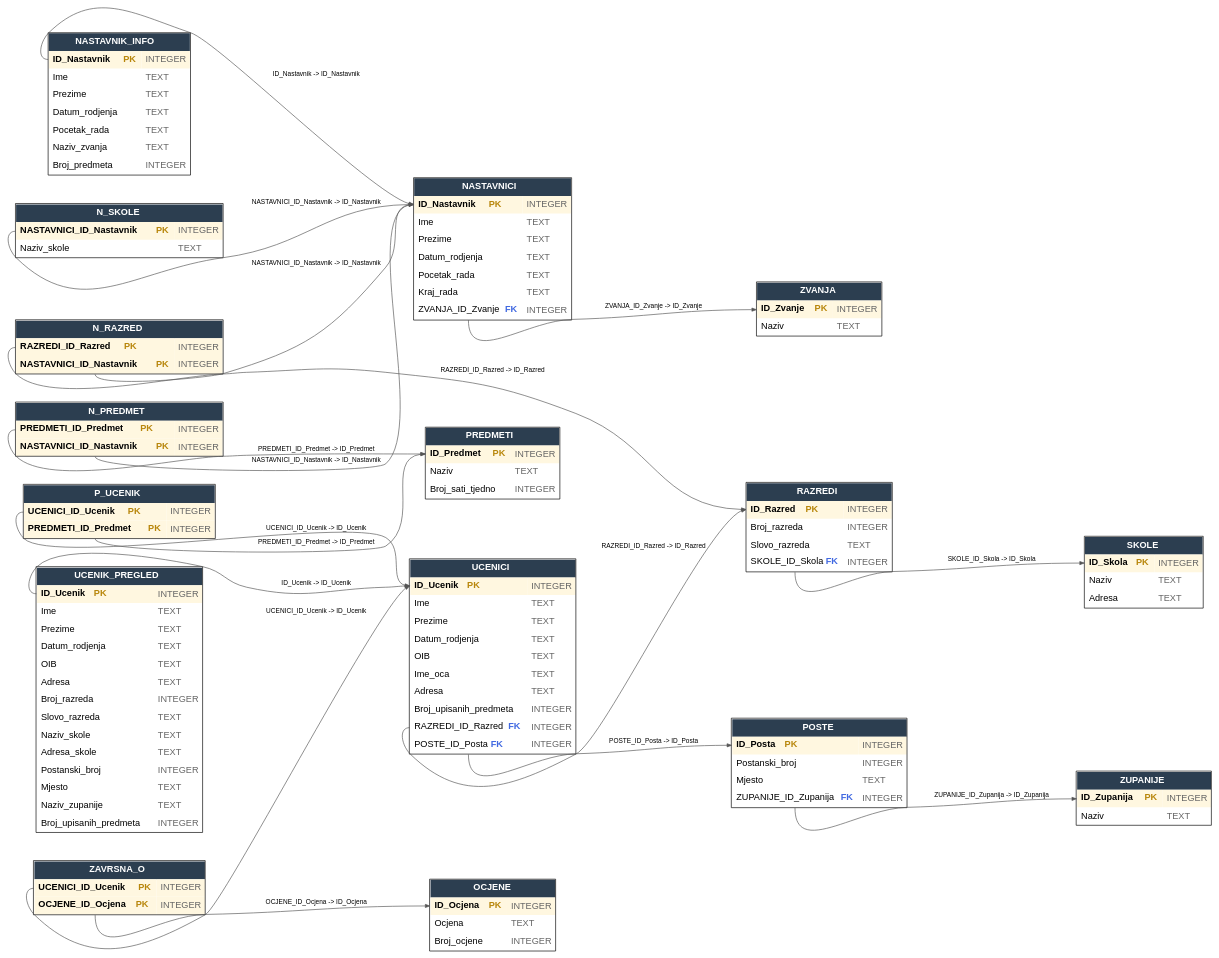
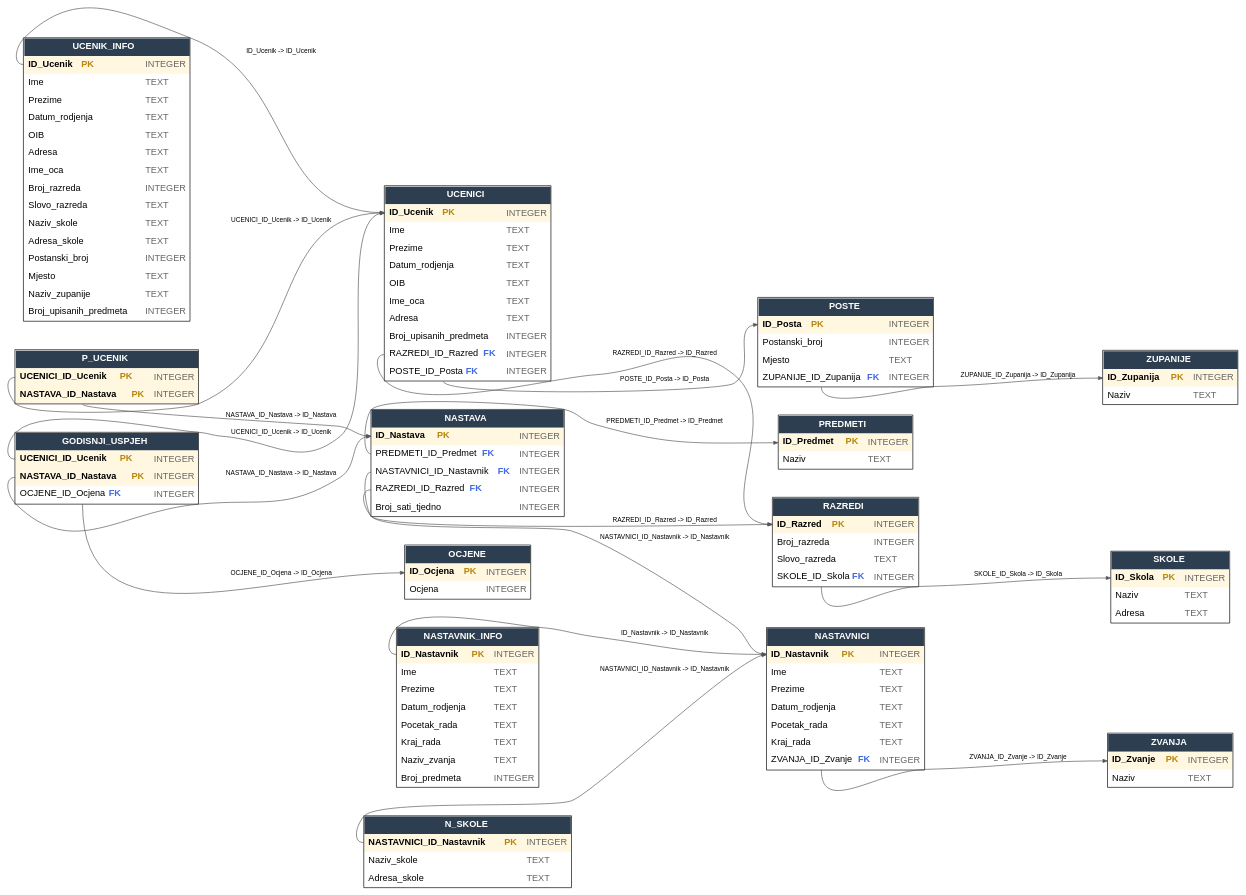
The diagram in databases/shema_visualisation/03_schema_denormalized_shema.dot (elakevic88/zavrsni-baza-skola), drawn with Graphviz before and after one commit. The commit also changed 82 other files, not shown here.

```diff
--- a/databases/shema_visualisation/03_schema_denormalized_shema.dot
+++ b/databases/shema_visualisation/03_schema_denormalized_shema.dot
@@ -3,6 +3,22 @@
 graph [fontname="Helvetica", bgcolor="white", nodesep=0.6, ranksep=1.0];
 node [shape=plain, fontname="Helvetica"];
 edge [fontname="Helvetica", fontsize=10, color="#555555", arrowsize=0.7];
+
+"GODISNJI_USPJEH" [label=<
+        <table border="1" cellborder="0" cellspacing="0" cellpadding="6" bgcolor="white">
+        <tr><td colspan="2" bgcolor="#2c3e50"><font color="white"><b>GODISNJI_USPJEH</b></font></td></tr>
+        <tr><td align="left" port="UCENICI_ID_Ucenik" bgcolor="#fff7e0"><b>UCENICI_ID_Ucenik</b> <font color="#b8860b"><b>PK</b></font></td><td align="left" bgcolor="#fff7e0"><font color="#666666">INTEGER</font></td></tr>
+<tr><td align="left" port="NASTAVA_ID_Nastava" bgcolor="#fff7e0"><b>NASTAVA_ID_Nastava</b> <font color="#b8860b"><b>PK</b></font></td><td align="left" bgcolor="#fff7e0"><font color="#666666">INTEGER</font></td></tr>
+<tr><td align="left" port="OCJENE_ID_Ocjena">OCJENE_ID_Ocjena <font color="#4169e1"><b>FK</b></font></td><td align="left"><font color="#666666">INTEGER</font></td></tr></table>>];
+
+"NASTAVA" [label=<
+        <table border="1" cellborder="0" cellspacing="0" cellpadding="6" bgcolor="white">
+        <tr><td colspan="2" bgcolor="#2c3e50"><font color="white"><b>NASTAVA</b></font></td></tr>
+        <tr><td align="left" port="ID_Nastava" bgcolor="#fff7e0"><b>ID_Nastava</b> <font color="#b8860b"><b>PK</b></font></td><td align="left" bgcolor="#fff7e0"><font color="#666666">INTEGER</font></td></tr>
+<tr><td align="left" port="PREDMETI_ID_Predmet">PREDMETI_ID_Predmet <font color="#4169e1"><b>FK</b></font></td><td align="left"><font color="#666666">INTEGER</font></td></tr>
+<tr><td align="left" port="NASTAVNICI_ID_Nastavnik">NASTAVNICI_ID_Nastavnik <font color="#4169e1"><b>FK</b></font></td><td align="left"><font color="#666666">INTEGER</font></td></tr>
+<tr><td align="left" port="RAZREDI_ID_Razred">RAZREDI_ID_Razred <font color="#4169e1"><b>FK</b></font></td><td align="left"><font color="#666666">INTEGER</font></td></tr>
+<tr><td align="left" port="Broj_sati_tjedno">Broj_sati_tjedno</td><td align="left"><font color="#666666">INTEGER</font></td></tr></table>>];
 
 "NASTAVNICI" [label=<
         <table border="1" cellborder="0" cellspacing="0" cellpadding="6" bgcolor="white">
@@ -23,33 +39,22 @@
 <tr><td align="left" port="Prezime">Prezime</td><td align="left"><font color="#666666">TEXT</font></td></tr>
 <tr><td align="left" port="Datum_rodjenja">Datum_rodjenja</td><td align="left"><font color="#666666">TEXT</font></td></tr>
 <tr><td align="left" port="Pocetak_rada">Pocetak_rada</td><td align="left"><font color="#666666">TEXT</font></td></tr>
+<tr><td align="left" port="Kraj_rada">Kraj_rada</td><td align="left"><font color="#666666">TEXT</font></td></tr>
 <tr><td align="left" port="Naziv_zvanja">Naziv_zvanja</td><td align="left"><font color="#666666">TEXT</font></td></tr>
 <tr><td align="left" port="Broj_predmeta">Broj_predmeta</td><td align="left"><font color="#666666">INTEGER</font></td></tr></table>>];
-
-"N_PREDMET" [label=<
-        <table border="1" cellborder="0" cellspacing="0" cellpadding="6" bgcolor="white">
-        <tr><td colspan="2" bgcolor="#2c3e50"><font color="white"><b>N_PREDMET</b></font></td></tr>
-        <tr><td align="left" port="PREDMETI_ID_Predmet" bgcolor="#fff7e0"><b>PREDMETI_ID_Predmet</b> <font color="#b8860b"><b>PK</b></font></td><td align="left" bgcolor="#fff7e0"><font color="#666666">INTEGER</font></td></tr>
-<tr><td align="left" port="NASTAVNICI_ID_Nastavnik" bgcolor="#fff7e0"><b>NASTAVNICI_ID_Nastavnik</b> <font color="#b8860b"><b>PK</b></font></td><td align="left" bgcolor="#fff7e0"><font color="#666666">INTEGER</font></td></tr></table>>];
-
-"N_RAZRED" [label=<
-        <table border="1" cellborder="0" cellspacing="0" cellpadding="6" bgcolor="white">
-        <tr><td colspan="2" bgcolor="#2c3e50"><font color="white"><b>N_RAZRED</b></font></td></tr>
-        <tr><td align="left" port="RAZREDI_ID_Razred" bgcolor="#fff7e0"><b>RAZREDI_ID_Razred</b> <font color="#b8860b"><b>PK</b></font></td><td align="left" bgcolor="#fff7e0"><font color="#666666">INTEGER</font></td></tr>
-<tr><td align="left" port="NASTAVNICI_ID_Nastavnik" bgcolor="#fff7e0"><b>NASTAVNICI_ID_Nastavnik</b> <font color="#b8860b"><b>PK</b></font></td><td align="left" bgcolor="#fff7e0"><font color="#666666">INTEGER</font></td></tr></table>>];
 
 "N_SKOLE" [label=<
         <table border="1" cellborder="0" cellspacing="0" cellpadding="6" bgcolor="white">
         <tr><td colspan="2" bgcolor="#2c3e50"><font color="white"><b>N_SKOLE</b></font></td></tr>
         <tr><td align="left" port="NASTAVNICI_ID_Nastavnik" bgcolor="#fff7e0"><b>NASTAVNICI_ID_Nastavnik</b> <font color="#b8860b"><b>PK</b></font></td><td align="left" bgcolor="#fff7e0"><font color="#666666">INTEGER</font></td></tr>
-<tr><td align="left" port="Naziv_skole">Naziv_skole</td><td align="left"><font color="#666666">TEXT</font></td></tr></table>>];
+<tr><td align="left" port="Naziv_skole">Naziv_skole</td><td align="left"><font color="#666666">TEXT</font></td></tr>
+<tr><td align="left" port="Adresa_skole">Adresa_skole</td><td align="left"><font color="#666666">TEXT</font></td></tr></table>>];
 
 "OCJENE" [label=<
         <table border="1" cellborder="0" cellspacing="0" cellpadding="6" bgcolor="white">
         <tr><td colspan="2" bgcolor="#2c3e50"><font color="white"><b>OCJENE</b></font></td></tr>
         <tr><td align="left" port="ID_Ocjena" bgcolor="#fff7e0"><b>ID_Ocjena</b> <font color="#b8860b"><b>PK</b></font></td><td align="left" bgcolor="#fff7e0"><font color="#666666">INTEGER</font></td></tr>
-<tr><td align="left" port="Ocjena">Ocjena</td><td align="left"><font color="#666666">TEXT</font></td></tr>
-<tr><td align="left" port="Broj_ocjene">Broj_ocjene</td><td align="left"><font color="#666666">INTEGER</font></td></tr></table>>];
+<tr><td align="left" port="Ocjena">Ocjena</td><td align="left"><font color="#666666">INTEGER</font></td></tr></table>>];
 
 "POSTE" [label=<
         <table border="1" cellborder="0" cellspacing="0" cellpadding="6" bgcolor="white">
@@ -63,14 +68,13 @@
         <table border="1" cellborder="0" cellspacing="0" cellpadding="6" bgcolor="white">
         <tr><td colspan="2" bgcolor="#2c3e50"><font color="white"><b>PREDMETI</b></font></td></tr>
         <tr><td align="left" port="ID_Predmet" bgcolor="#fff7e0"><b>ID_Predmet</b> <font color="#b8860b"><b>PK</b></font></td><td align="left" bgcolor="#fff7e0"><font color="#666666">INTEGER</font></td></tr>
-<tr><td align="left" port="Naziv">Naziv</td><td align="left"><font color="#666666">TEXT</font></td></tr>
-<tr><td align="left" port="Broj_sati_tjedno">Broj_sati_tjedno</td><td align="left"><font color="#666666">INTEGER</font></td></tr></table>>];
+<tr><td align="left" port="Naziv">Naziv</td><td align="left"><font color="#666666">TEXT</font></td></tr></table>>];
 
 "P_UCENIK" [label=<
         <table border="1" cellborder="0" cellspacing="0" cellpadding="6" bgcolor="white">
         <tr><td colspan="2" bgcolor="#2c3e50"><font color="white"><b>P_UCENIK</b></font></td></tr>
         <tr><td align="left" port="UCENICI_ID_Ucenik" bgcolor="#fff7e0"><b>UCENICI_ID_Ucenik</b> <font color="#b8860b"><b>PK</b></font></td><td align="left" bgcolor="#fff7e0"><font color="#666666">INTEGER</font></td></tr>
-<tr><td align="left" port="PREDMETI_ID_Predmet" bgcolor="#fff7e0"><b>PREDMETI_ID_Predmet</b> <font color="#b8860b"><b>PK</b></font></td><td align="left" bgcolor="#fff7e0"><font color="#666666">INTEGER</font></td></tr></table>>];
+<tr><td align="left" port="NASTAVA_ID_Nastava" bgcolor="#fff7e0"><b>NASTAVA_ID_Nastava</b> <font color="#b8860b"><b>PK</b></font></td><td align="left" bgcolor="#fff7e0"><font color="#666666">INTEGER</font></td></tr></table>>];
 
 "RAZREDI" [label=<
         <table border="1" cellborder="0" cellspacing="0" cellpadding="6" bgcolor="white">
@@ -101,15 +105,16 @@
 <tr><td align="left" port="RAZREDI_ID_Razred">RAZREDI_ID_Razred <font color="#4169e1"><b>FK</b></font></td><td align="left"><font color="#666666">INTEGER</font></td></tr>
 <tr><td align="left" port="POSTE_ID_Posta">POSTE_ID_Posta <font color="#4169e1"><b>FK</b></font></td><td align="left"><font color="#666666">INTEGER</font></td></tr></table>>];
 
-"UCENIK_PREGLED" [label=<
+"UCENIK_INFO" [label=<
         <table border="1" cellborder="0" cellspacing="0" cellpadding="6" bgcolor="white">
-        <tr><td colspan="2" bgcolor="#2c3e50"><font color="white"><b>UCENIK_PREGLED</b></font></td></tr>
+        <tr><td colspan="2" bgcolor="#2c3e50"><font color="white"><b>UCENIK_INFO</b></font></td></tr>
         <tr><td align="left" port="ID_Ucenik" bgcolor="#fff7e0"><b>ID_Ucenik</b> <font color="#b8860b"><b>PK</b></font></td><td align="left" bgcolor="#fff7e0"><font color="#666666">INTEGER</font></td></tr>
 <tr><td align="left" port="Ime">Ime</td><td align="left"><font color="#666666">TEXT</font></td></tr>
 <tr><td align="left" port="Prezime">Prezime</td><td align="left"><font color="#666666">TEXT</font></td></tr>
 <tr><td align="left" port="Datum_rodjenja">Datum_rodjenja</td><td align="left"><font color="#666666">TEXT</font></td></tr>
 <tr><td align="left" port="OIB">OIB</td><td align="left"><font color="#666666">TEXT</font></td></tr>
 <tr><td align="left" port="Adresa">Adresa</td><td align="left"><font color="#666666">TEXT</font></td></tr>
+<tr><td align="left" port="Ime_oca">Ime_oca</td><td align="left"><font color="#666666">TEXT</font></td></tr>
 <tr><td align="left" port="Broj_razreda">Broj_razreda</td><td align="left"><font color="#666666">INTEGER</font></td></tr>
 <tr><td align="left" port="Slovo_razreda">Slovo_razreda</td><td align="left"><font color="#666666">TEXT</font></td></tr>
 <tr><td align="left" port="Naziv_skole">Naziv_skole</td><td align="left"><font color="#666666">TEXT</font></td></tr>
@@ -118,12 +123,6 @@
 <tr><td align="left" port="Mjesto">Mjesto</td><td align="left"><font color="#666666">TEXT</font></td></tr>
 <tr><td align="left" port="Naziv_zupanije">Naziv_zupanije</td><td align="left"><font color="#666666">TEXT</font></td></tr>
 <tr><td align="left" port="Broj_upisanih_predmeta">Broj_upisanih_predmeta</td><td align="left"><font color="#666666">INTEGER</font></td></tr></table>>];
-
-"ZAVRSNA_O" [label=<
-        <table border="1" cellborder="0" cellspacing="0" cellpadding="6" bgcolor="white">
-        <tr><td colspan="2" bgcolor="#2c3e50"><font color="white"><b>ZAVRSNA_O</b></font></td></tr>
-        <tr><td align="left" port="UCENICI_ID_Ucenik" bgcolor="#fff7e0"><b>UCENICI_ID_Ucenik</b> <font color="#b8860b"><b>PK</b></font></td><td align="left" bgcolor="#fff7e0"><font color="#666666">INTEGER</font></td></tr>
-<tr><td align="left" port="OCJENE_ID_Ocjena" bgcolor="#fff7e0"><b>OCJENE_ID_Ocjena</b> <font color="#b8860b"><b>PK</b></font></td><td align="left" bgcolor="#fff7e0"><font color="#666666">INTEGER</font></td></tr></table>>];
 
 "ZUPANIJE" [label=<
         <table border="1" cellborder="0" cellspacing="0" cellpadding="6" bgcolor="white">
@@ -137,20 +136,20 @@
         <tr><td align="left" port="ID_Zvanje" bgcolor="#fff7e0"><b>ID_Zvanje</b> <font color="#b8860b"><b>PK</b></font></td><td align="left" bgcolor="#fff7e0"><font color="#666666">INTEGER</font></td></tr>
 <tr><td align="left" port="Naziv">Naziv</td><td align="left"><font color="#666666">TEXT</font></td></tr></table>>];
 
+"GODISNJI_USPJEH":"OCJENE_ID_Ocjena" -> "OCJENE":"ID_Ocjena" [label="OCJENE_ID_Ocjena -> ID_Ocjena"];
+"GODISNJI_USPJEH":"NASTAVA_ID_Nastava" -> "NASTAVA":"ID_Nastava" [label="NASTAVA_ID_Nastava -> ID_Nastava"];
+"GODISNJI_USPJEH":"UCENICI_ID_Ucenik" -> "UCENICI":"ID_Ucenik" [label="UCENICI_ID_Ucenik -> ID_Ucenik"];
+"NASTAVA":"RAZREDI_ID_Razred" -> "RAZREDI":"ID_Razred" [label="RAZREDI_ID_Razred -> ID_Razred"];
+"NASTAVA":"NASTAVNICI_ID_Nastavnik" -> "NASTAVNICI":"ID_Nastavnik" [label="NASTAVNICI_ID_Nastavnik -> ID_Nastavnik"];
+"NASTAVA":"PREDMETI_ID_Predmet" -> "PREDMETI":"ID_Predmet" [label="PREDMETI_ID_Predmet -> ID_Predmet"];
 "NASTAVNICI":"ZVANJA_ID_Zvanje" -> "ZVANJA":"ID_Zvanje" [label="ZVANJA_ID_Zvanje -> ID_Zvanje"];
 "NASTAVNIK_INFO":"ID_Nastavnik" -> "NASTAVNICI":"ID_Nastavnik" [label="ID_Nastavnik -> ID_Nastavnik"];
-"N_PREDMET":"NASTAVNICI_ID_Nastavnik" -> "NASTAVNICI":"ID_Nastavnik" [label="NASTAVNICI_ID_Nastavnik -> ID_Nastavnik"];
-"N_PREDMET":"PREDMETI_ID_Predmet" -> "PREDMETI":"ID_Predmet" [label="PREDMETI_ID_Predmet -> ID_Predmet"];
-"N_RAZRED":"NASTAVNICI_ID_Nastavnik" -> "NASTAVNICI":"ID_Nastavnik" [label="NASTAVNICI_ID_Nastavnik -> ID_Nastavnik"];
-"N_RAZRED":"RAZREDI_ID_Razred" -> "RAZREDI":"ID_Razred" [label="RAZREDI_ID_Razred -> ID_Razred"];
 "N_SKOLE":"NASTAVNICI_ID_Nastavnik" -> "NASTAVNICI":"ID_Nastavnik" [label="NASTAVNICI_ID_Nastavnik -> ID_Nastavnik"];
 "POSTE":"ZUPANIJE_ID_Zupanija" -> "ZUPANIJE":"ID_Zupanija" [label="ZUPANIJE_ID_Zupanija -> ID_Zupanija"];
-"P_UCENIK":"PREDMETI_ID_Predmet" -> "PREDMETI":"ID_Predmet" [label="PREDMETI_ID_Predmet -> ID_Predmet"];
+"P_UCENIK":"NASTAVA_ID_Nastava" -> "NASTAVA":"ID_Nastava" [label="NASTAVA_ID_Nastava -> ID_Nastava"];
 "P_UCENIK":"UCENICI_ID_Ucenik" -> "UCENICI":"ID_Ucenik" [label="UCENICI_ID_Ucenik -> ID_Ucenik"];
 "RAZREDI":"SKOLE_ID_Skola" -> "SKOLE":"ID_Skola" [label="SKOLE_ID_Skola -> ID_Skola"];
 "UCENICI":"POSTE_ID_Posta" -> "POSTE":"ID_Posta" [label="POSTE_ID_Posta -> ID_Posta"];
 "UCENICI":"RAZREDI_ID_Razred" -> "RAZREDI":"ID_Razred" [label="RAZREDI_ID_Razred -> ID_Razred"];
-"UCENIK_PREGLED":"ID_Ucenik" -> "UCENICI":"ID_Ucenik" [label="ID_Ucenik -> ID_Ucenik"];
-"ZAVRSNA_O":"OCJENE_ID_Ocjena" -> "OCJENE":"ID_Ocjena" [label="OCJENE_ID_Ocjena -> ID_Ocjena"];
-"ZAVRSNA_O":"UCENICI_ID_Ucenik" -> "UCENICI":"ID_Ucenik" [label="UCENICI_ID_Ucenik -> ID_Ucenik"];
+"UCENIK_INFO":"ID_Ucenik" -> "UCENICI":"ID_Ucenik" [label="ID_Ucenik -> ID_Ucenik"];
 }
```
